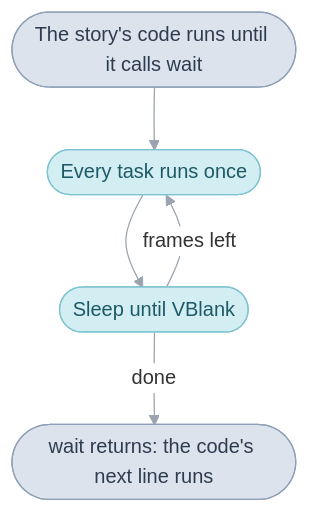
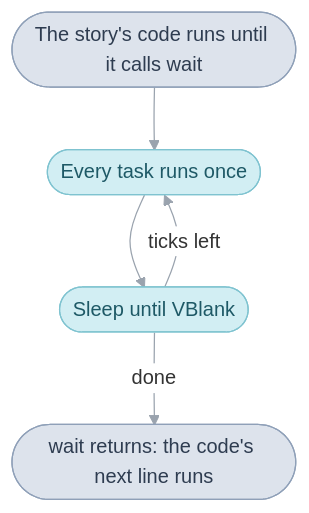
One commit to PascalPixel/alchemy changed the second of 2 diagrams in docs/tbs/system.md. Above: the diagram before and after it, drawn with Mermaid. The commit also changed other lines of this file and 2827 other files, not shown here.

First line of the commit message:
☀️⚓️ SGL names for tables and locals; a tick is a game step and a frame a screen drawing

````diff
--- a/docs/tbs/system.md
+++ b/docs/tbs/system.md
@@ -107,12 +107,12 @@
 ```mermaid
 %%{init: {"theme": "base", "themeVariables": {"lineColor": "#9AA3AE", "edgeLabelBackground": "#FFFFFF"}, "flowchart": {"curve": "basis", "padding": 12}}}%%
 flowchart TD
   code(["The story's code runs until it calls wait"]) --> tasks(["Every task runs once"])
   tasks --> halt(["Sleep until VBlank"])
-  halt -- "frames left" --> tasks
+  halt -- "ticks left" --> tasks
   halt -- "done" --> back(["wait returns: the code's next line runs"])
   classDef code fill:#DDE3EC,stroke:#8FA0B8,color:#2E3C50
-  classDef frame fill:#D2EEF3,stroke:#7FC3D0,color:#1E5966
+  classDef tick fill:#D2EEF3,stroke:#7FC3D0,color:#1E5966
   class code,back code
-  class tasks,halt frame
+  class tasks,halt tick
 ```
````
